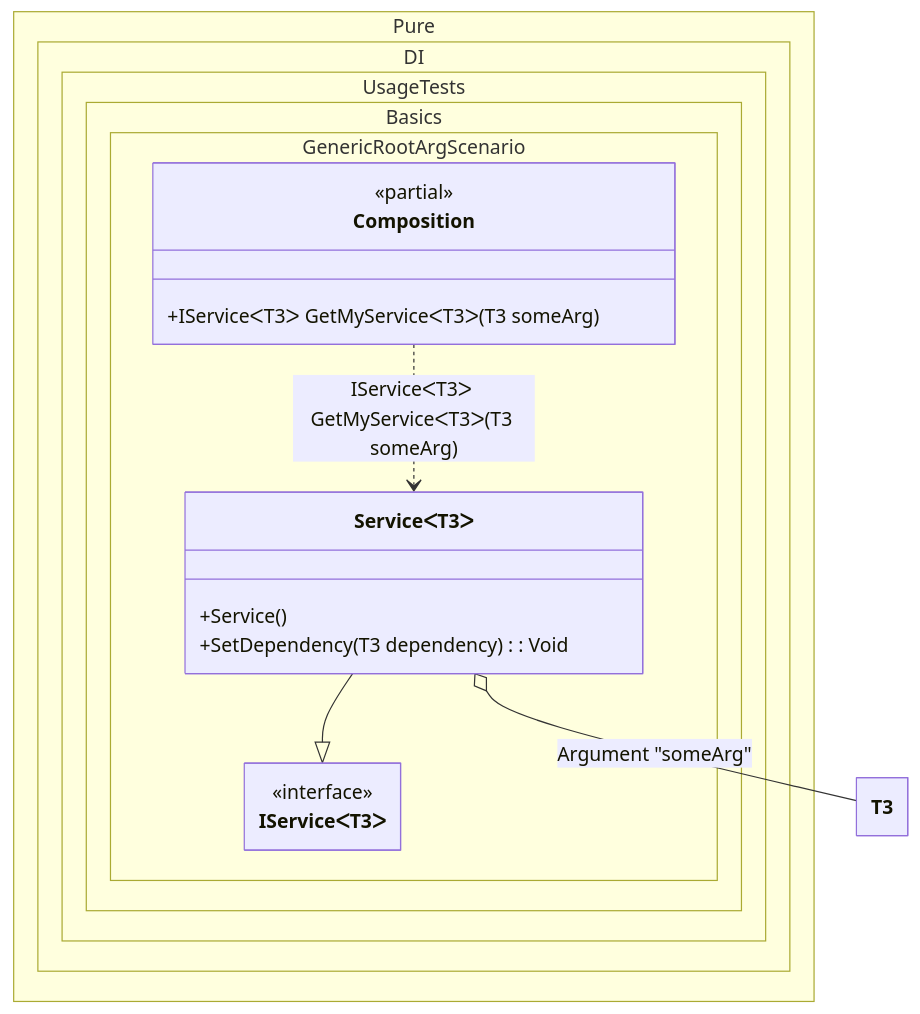
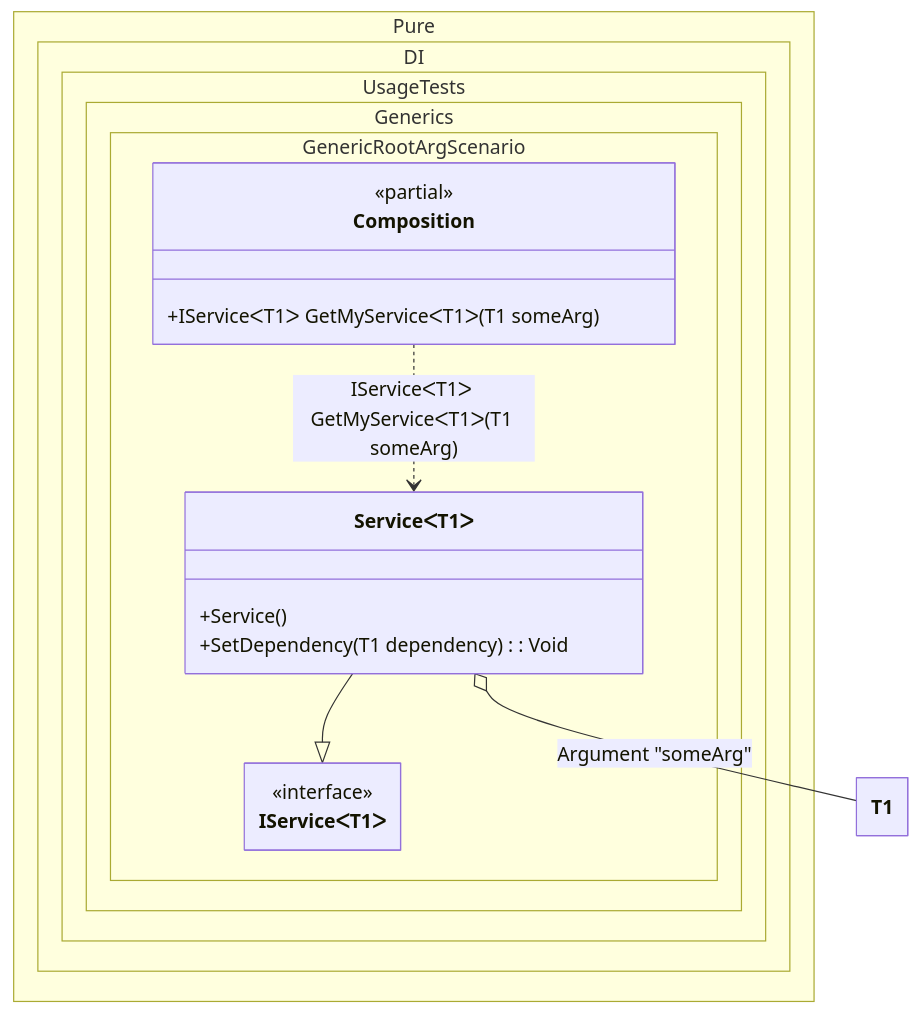
The diagram in readme/generic-root-arguments.md (DevTeam/Pure.DI), drawn with Mermaid before and after one commit. The commit also changed other lines of this file and 177 other files, not shown here.

````diff
--- a/readme/generic-root-arguments.md
+++ b/readme/generic-root-arguments.md
@@ -91,24 +91,24 @@
 ```mermaid
 ---
  config:
   class:
    hideEmptyMembersBox: true
 ---
 classDiagram
-	ServiceᐸT3ᐳ --|> IServiceᐸT3ᐳ
-	Composition ..> ServiceᐸT3ᐳ : IServiceᐸT3ᐳ GetMyServiceᐸT3ᐳ(T3 someArg)
-	ServiceᐸT3ᐳ o-- T3 : Argument "someArg"
-	namespace Pure.DI.UsageTests.Basics.GenericRootArgScenario {
+	ServiceᐸT1ᐳ --|> IServiceᐸT1ᐳ
+	Composition ..> ServiceᐸT1ᐳ : IServiceᐸT1ᐳ GetMyServiceᐸT1ᐳ(T1 someArg)
+	ServiceᐸT1ᐳ o-- T1 : Argument "someArg"
+	namespace Pure.DI.UsageTests.Generics.GenericRootArgScenario {
 		class Composition {
 		<<partial>>
-		+IServiceᐸT3ᐳ GetMyServiceᐸT3ᐳ(T3 someArg)
+		+IServiceᐸT1ᐳ GetMyServiceᐸT1ᐳ(T1 someArg)
 		}
-		class IServiceᐸT3ᐳ {
+		class IServiceᐸT1ᐳ {
 			<<interface>>
 		}
-		class ServiceᐸT3ᐳ {
+		class ServiceᐸT1ᐳ {
 			+Service()
-			+SetDependency(T3 dependency) : Void
+			+SetDependency(T1 dependency) : Void
 		}
 	}
 ```
````
